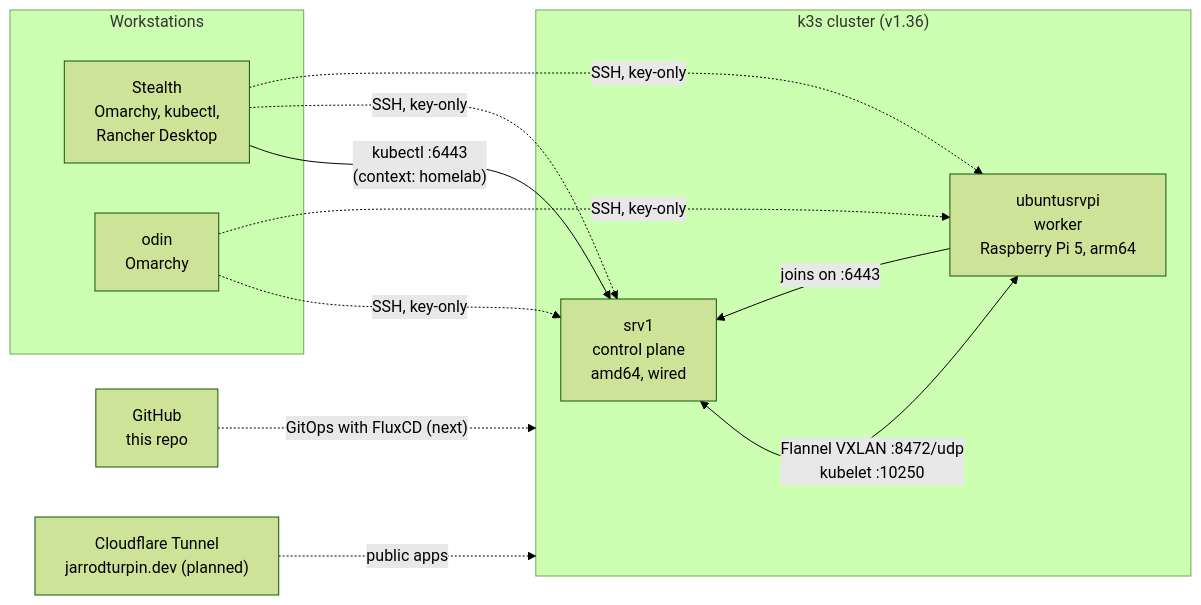
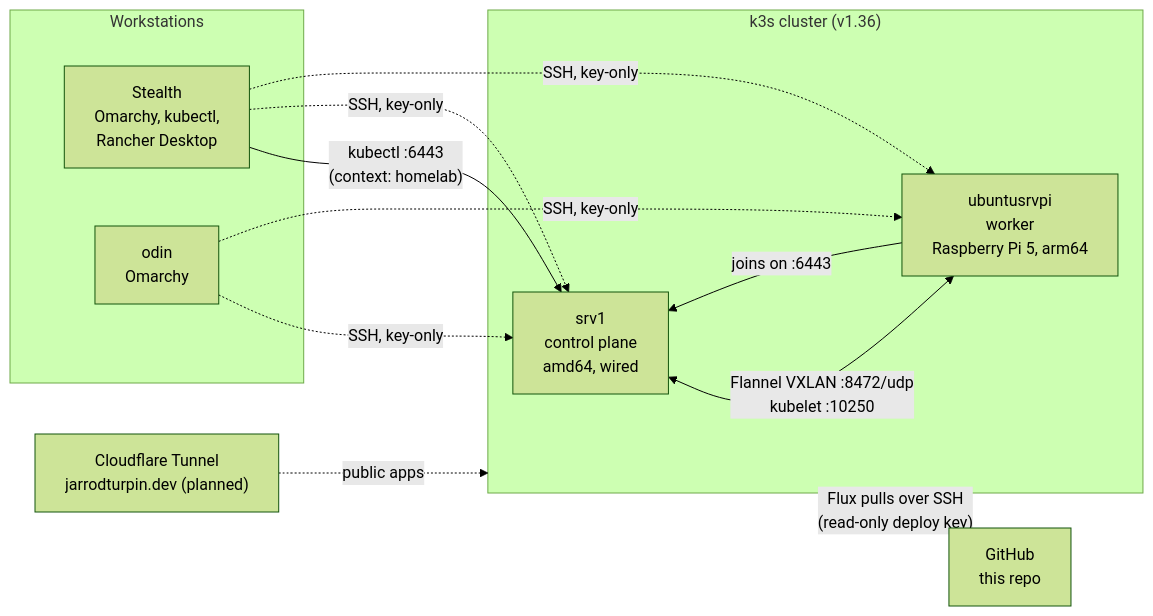
One commit to turpinator-x/homelab changed the diagram in ARCHITECTURE.md. Above: the diagram before and after it, drawn with Mermaid (forest theme). The commit also changed other lines of this file and 2 other files, not shown here.

Commit message:
Document the FluxCD bootstrap and GitOps setup

````diff
--- a/ARCHITECTURE.md
+++ b/ARCHITECTURE.md
@@ -5,20 +5,20 @@
 ```mermaid
 flowchart LR
     subgraph Workstations
         S["Stealth<br>Omarchy, kubectl,<br>Rancher Desktop"]
         O["odin<br>Omarchy"]
     end
     subgraph Cluster["k3s cluster (v1.36)"]
         SRV["srv1<br>control plane<br>amd64, wired"]
         PI["ubuntusrvpi<br>worker<br>Raspberry Pi 5, arm64"]
         PI -- "joins on :6443" --> SRV
         SRV <-- "Flannel VXLAN :8472/udp<br>kubelet :10250" --> PI
     end
     S -- "kubectl :6443<br>(context: homelab)" --> SRV
     S -. "SSH, key-only" .-> SRV
     S -. "SSH, key-only" .-> PI
     O -. "SSH, key-only" .-> SRV
     O -. "SSH, key-only" .-> PI
-    GH["GitHub<br>this repo"] -. "GitOps with FluxCD (next)" .-> Cluster
+    Cluster -- "Flux pulls over SSH<br>(read-only deploy key)" --> GH["GitHub<br>this repo"]
     CF["Cloudflare Tunnel<br>jarrodturpin.dev (planned)"] -. "public apps" .-> Cluster
 ```
````
